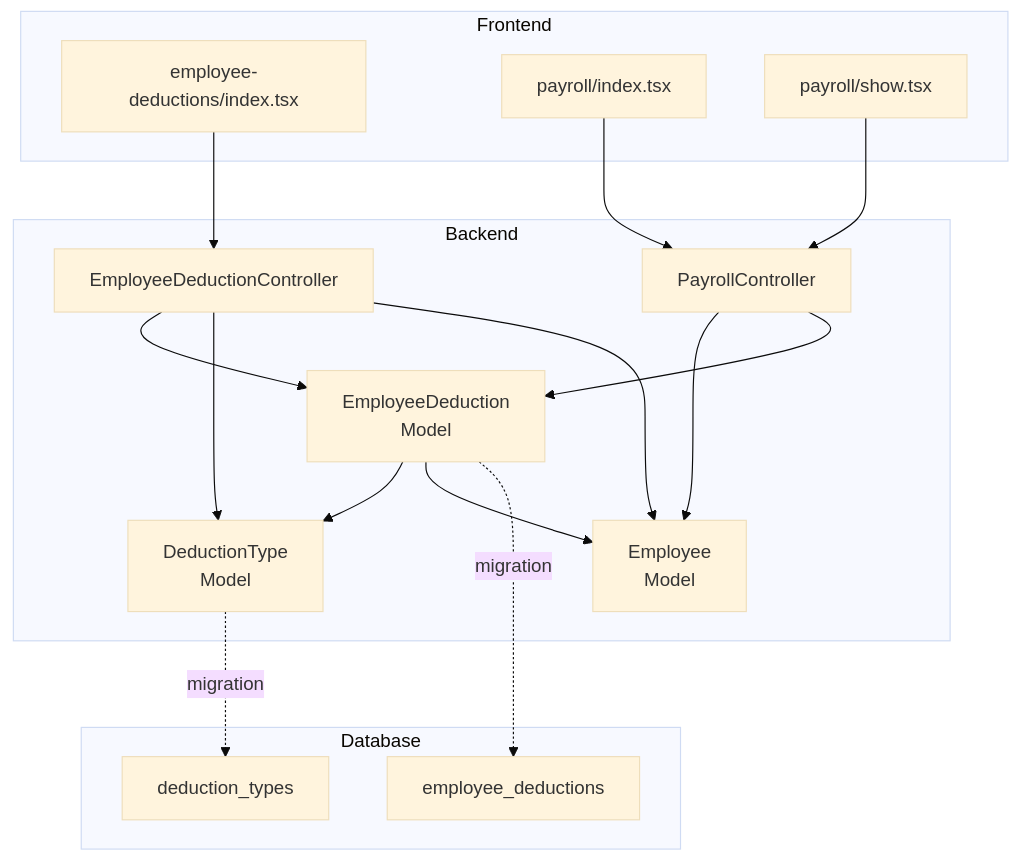
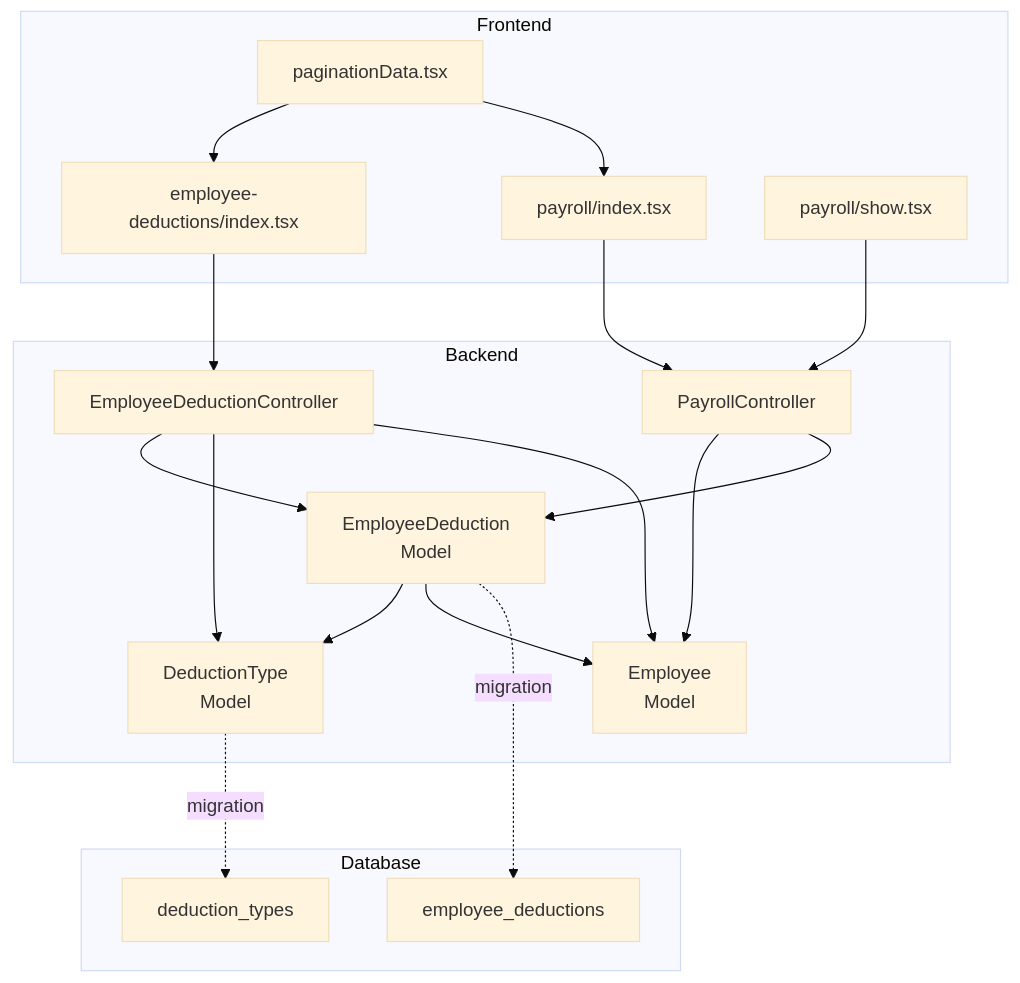
The first of 7 diagrams in .qoder/repowiki/en/content/Deduction Management/Employee Deduction Tracking.md (vincet0t15/template), drawn with Mermaid (base theme) before and after one commit. The commit also changed other lines of this file and 3 other files, not shown here.

````diff
--- a/.qoder/repowiki/en/content/Deduction Management/Employee Deduction Tracking.md
+++ b/.qoder/repowiki/en/content/Deduction Management/Employee Deduction Tracking.md
@@ -43,31 +58,34 @@
 ```mermaid
 graph TB
 subgraph "Backend"
 ED["EmployeeDeduction<br/>Model"]
 DT["DeductionType<br/>Model"]
 EM["Employee<br/>Model"]
 EDC["EmployeeDeductionController"]
 PC["PayrollController"]
 end
 subgraph "Database"
 TBL_ED["employee_deductions"]
 TBL_DT["deduction_types"]
 end
 subgraph "Frontend"
 IDX["employee-deductions/index.tsx"]
 PIDX["payroll/index.tsx"]
 PS["payroll/show.tsx"]
+PAG["paginationData.tsx"]
 end
 ED --> DT
 ED --> EM
 EDC --> ED
 EDC --> DT
 EDC --> EM
 PC --> EM
 PC --> ED
 ED -.migration.-> TBL_ED
 DT -.migration.-> TBL_DT
 IDX --> EDC
 PIDX --> PC
 PS --> PC
+PAG --> IDX
+PAG --> PIDX
 ```
````
